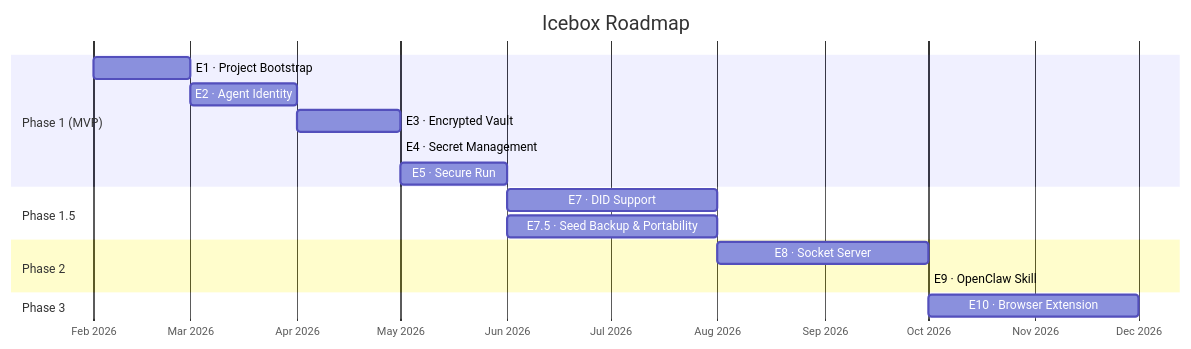
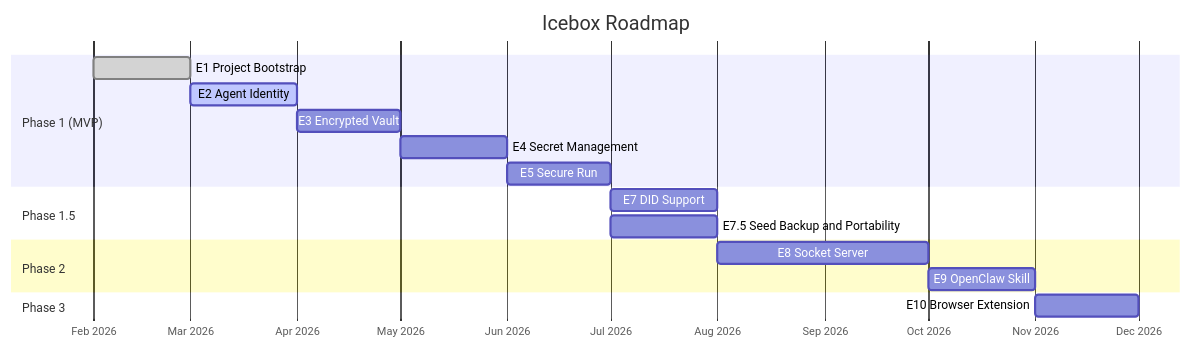
Before and after one commit to torbenanderson/icebox-cli: the diagram in docs/plan/ROADMAP.md, drawn with Mermaid. The commit also changed other lines of this file, not shown here.

Commit message:
docs(plan): update ROADMAP with current progress and fix Gantt
- Add Current Progress section (pre-MVP, E2 bootstrap in progress)
- Mark E1 done and E2 active in Mermaid Gantt
- Fix date overlaps (E4, E5, E9) to avoid zero-duration tasks
- Remove middle dot and ampersand for Mermaid compatibility

````diff
--- a/docs/plan/ROADMAP.md
+++ b/docs/plan/ROADMAP.md
@@ -9,24 +15,24 @@
 ```mermaid
 gantt
     title Icebox Roadmap
     dateFormat YYYY-MM
     axisFormat %b %Y
 
     section Phase 1 (MVP)
-    E1 · Project Bootstrap           :e1, 2026-02, 2026-03
-    E2 · Agent Identity              :e2, after e1, 2026-04
-    E3 · Encrypted Vault             :e3, after e2, 2026-05
-    E4 · Secret Management           :e4, after e3, 2026-05
-    E5 · Secure Run                  :e5, after e4, 2026-06
+    E1 Project Bootstrap             :done, e1, 2026-02, 2026-03
+    E2 Agent Identity               :active, e2, after e1, 2026-04
+    E3 Encrypted Vault              :e3, after e2, 2026-05
+    E4 Secret Management            :e4, after e3, 2026-06
+    E5 Secure Run                   :e5, after e4, 2026-07
 
     section Phase 1.5
-    E7 · DID Support                 :e7, after e5, 2026-08
-    E7.5 · Seed Backup & Portability  :e75, after e5, 2026-08
+    E7 DID Support                  :e7, after e5, 2026-08
+    E7.5 Seed Backup and Portability :e75, after e5, 2026-08
 
     section Phase 2
-    E8 · Socket Server               :e8, after e7, 2026-10
-    E9 · OpenClaw Skill              :e9, after e8, 2026-10
+    E8 Socket Server                :e8, after e7, 2026-10
+    E9 OpenClaw Skill               :e9, after e8, 2026-11
 
     section Phase 3
-    E10 · Browser Extension          :e10, after e9, 2026-12
+    E10 Browser Extension           :e10, after e9, 2026-12
 ```
````
